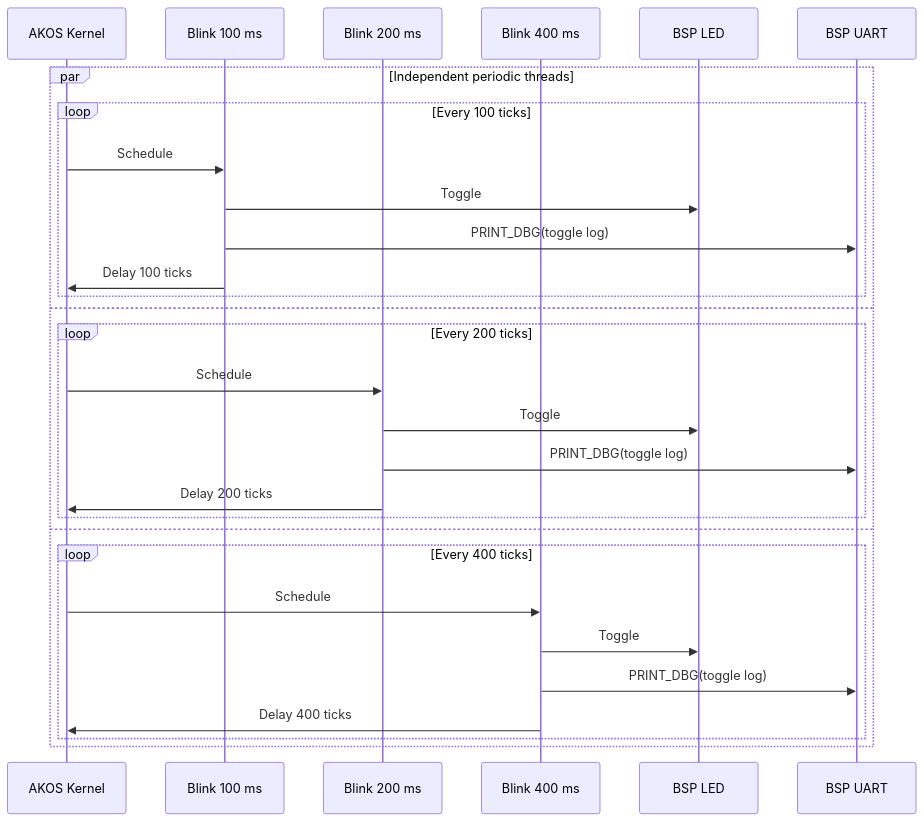
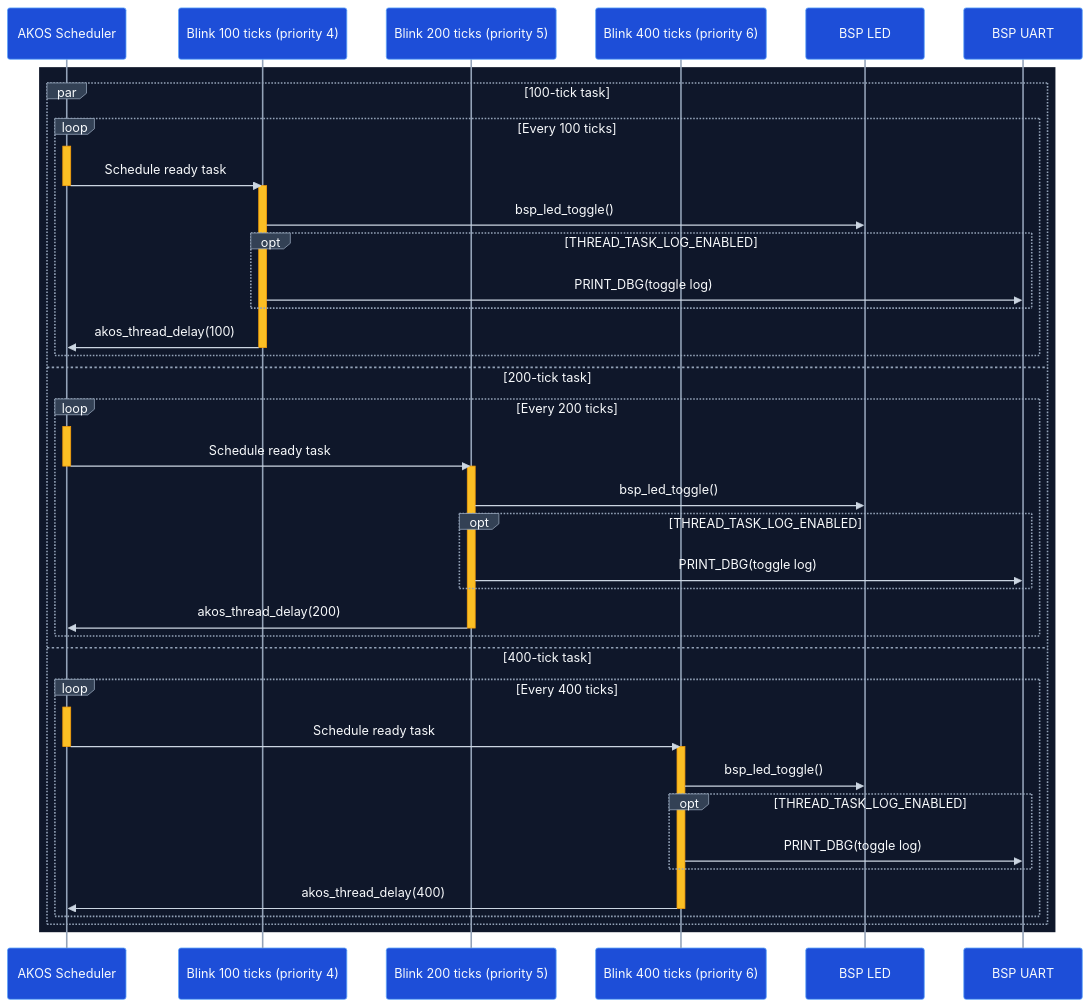
The diagram in examples/thread/README.md (the-ak-foundation/akos), drawn with Mermaid before and after one commit. The commit also changed other lines of this file and 7 other files, not shown here.

````diff
--- a/examples/thread/README.md
+++ b/examples/thread/README.md
@@ -11,32 +10,81 @@
 ```mermaid
+---
+config:
+  theme: base
+  themeVariables:
+    background: '#0f172a'
+    primaryColor: '#1d4ed8'
+    primaryTextColor: '#f8fafc'
+    primaryBorderColor: '#60a5fa'
+    secondaryColor: '#fbbf24'
+    secondaryTextColor: '#0f172a'
+    secondaryBorderColor: '#f59e0b'
+    tertiaryColor: '#334155'
+    tertiaryTextColor: '#f8fafc'
+    tertiaryBorderColor: '#94a3b8'
+    lineColor: '#cbd5e1'
+    textColor: '#f8fafc'
+    actorBkg: '#1d4ed8'
+    actorBorder: '#60a5fa'
+    actorTextColor: '#f8fafc'
+    actorLineColor: '#94a3b8'
+    signalColor: '#cbd5e1'
+    signalTextColor: '#f8fafc'
+    labelBoxBkgColor: '#334155'
+    labelBoxBorderColor: '#94a3b8'
+    labelTextColor: '#f8fafc'
+    loopTextColor: '#f8fafc'
+    activationBkgColor: '#fbbf24'
+    activationBorderColor: '#f59e0b'
+---
 sequenceDiagram
-    participant Kernel as AKOS Kernel
-    participant T100 as Blink 100 ms
-    participant T200 as Blink 200 ms
-    participant T400 as Blink 400 ms
+    participant Kernel as AKOS Scheduler
+    participant T100 as Blink 100 ticks (priority 4)
+    participant T200 as Blink 200 ticks (priority 5)
+    participant T400 as Blink 400 ticks (priority 6)
     participant LED as BSP LED
     participant UART as BSP UART
 
-    par Independent periodic threads
-        loop Every 100 ticks
-            Kernel->>T100: Schedule
-            T100->>LED: Toggle
-            T100->>UART: PRINT_DBG(toggle log)
-            T100->>Kernel: Delay 100 ticks
-        end
-    and
-        loop Every 200 ticks
-            Kernel->>T200: Schedule
-            T200->>LED: Toggle
-            T200->>UART: PRINT_DBG(toggle log)
-            T200->>Kernel: Delay 200 ticks
-        end
-    and
-        loop Every 400 ticks
-            Kernel->>T400: Schedule
-            T400->>LED: Toggle
-            T400->>UART: PRINT_DBG(toggle log)
-            T400->>Kernel: Delay 400 ticks
+    rect rgb(15, 23, 42)
+        par 100-tick task
+            loop Every 100 ticks
+                activate Kernel
+                Kernel->>T100: Schedule ready task
+                deactivate Kernel
+                activate T100
+                T100->>LED: bsp_led_toggle()
+                opt THREAD_TASK_LOG_ENABLED
+                    T100->>UART: PRINT_DBG(toggle log)
+                end
+                T100->>Kernel: akos_thread_delay(100)
+                deactivate T100
+            end
+        and 200-tick task
+            loop Every 200 ticks
+                activate Kernel
+                Kernel->>T200: Schedule ready task
+                deactivate Kernel
+                activate T200
+                T200->>LED: bsp_led_toggle()
+                opt THREAD_TASK_LOG_ENABLED
+                    T200->>UART: PRINT_DBG(toggle log)
+                end
+                T200->>Kernel: akos_thread_delay(200)
+                deactivate T200
+            end
+        and 400-tick task
+            loop Every 400 ticks
+                activate Kernel
+                Kernel->>T400: Schedule ready task
+                deactivate Kernel
+                activate T400
+                T400->>LED: bsp_led_toggle()
+                opt THREAD_TASK_LOG_ENABLED
+                    T400->>UART: PRINT_DBG(toggle log)
+                end
+                T400->>Kernel: akos_thread_delay(400)
+                deactivate T400
+            end
         end
     end
 ```
````
